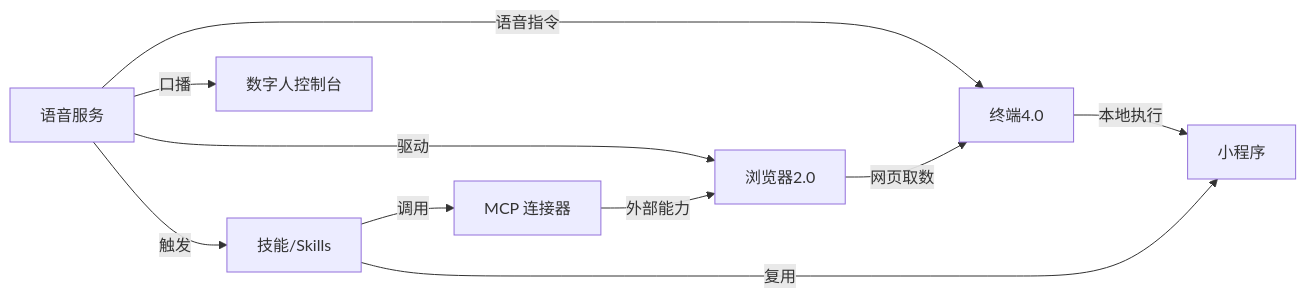
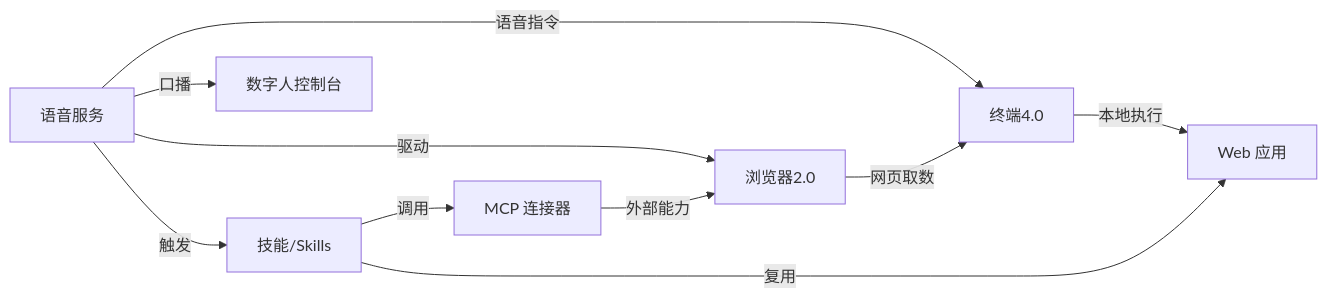
One commit to Quor-a/ZorvAI changed the ninth of 9 diagrams in docs/architecture/ZorvAI架构总览.md. Above: the diagram before and after it, drawn with Mermaid. The commit also changed other lines of this file and 36 other files, not shown here.

First line of the commit message:
统一术语：小程序工作室(WebView版) → Web 应用，原生引擎保留「小程序 (原生引擎)」

````diff
--- a/docs/architecture/ZorvAI架构总览.md
+++ b/docs/architecture/ZorvAI架构总览.md
@@ -405,12 +405,12 @@
 ```mermaid
 graph LR
   Voice[语音服务] -->|语音指令| Terminal[终端4.0]
   Voice -->|驱动| Browser[浏览器2.0]
   Voice -->|触发| Skills[技能/Skills]
   Browser -->|网页取数| Terminal
   Skills -->|调用| MCP[MCP 连接器]
-  Terminal -->|本地执行| MiniApp[小程序]
+  Terminal -->|本地执行| MiniApp[Web 应用]
   MCP -->|外部能力| Browser
   Skills -->|复用| MiniApp
   Voice -->|口播| Digital[数字人控制台]
 ```
````
